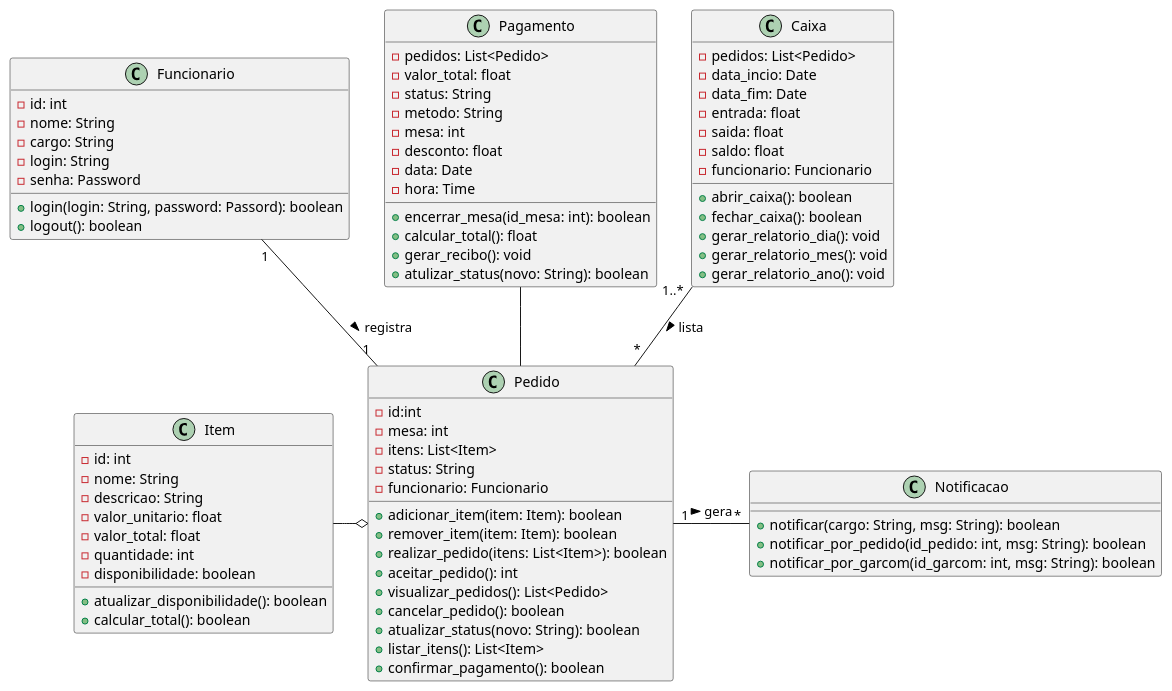
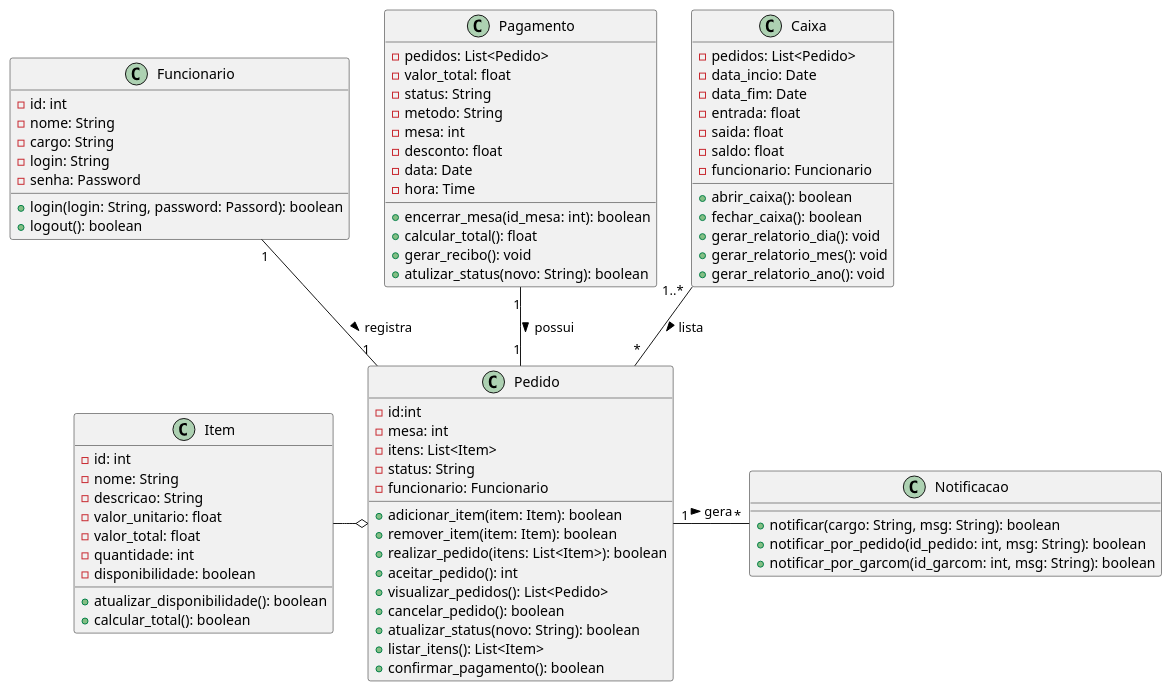
The diagram in restaurante/diagrama_classes01.iuml (FerdinandChagas/uml_examples), drawn with PlantUML before and after one commit. The commit also changed 7 other files, not shown here.

```diff
--- a/restaurante/diagrama_classes01.iuml
+++ b/restaurante/diagrama_classes01.iuml
@@ -1,86 +1,86 @@
 @startuml
 
 
 class "Funcionario"{
     -id: int
     -nome: String
     -cargo: String
     -login: String
     -senha: Password
     +login(login: String, password: Passord): boolean
     +logout(): boolean
 }
 
 
 class "Pedido"{
     -id:int
     -mesa: int
     -itens: List<Item>
     -status: String
     -funcionario: Funcionario
     +adicionar_item(item: Item): boolean
     +remover_item(item: Item): boolean
     +realizar_pedido(itens: List<Item>): boolean
     +aceitar_pedido(): int
     +visualizar_pedidos(): List<Pedido>
     +cancelar_pedido(): boolean
     +atualizar_status(novo: String): boolean
     +listar_itens(): List<Item>
     +confirmar_pagamento(): boolean
 }
 
 class Item{
     -id: int
     -nome: String
     -descricao: String
     -valor_unitario: float
     -valor_total: float
     -quantidade: int
     -disponibilidade: boolean
     +atualizar_disponibilidade(): boolean
     +calcular_total(): boolean
 }
 
 class "Pagamento"{
     -pedidos: List<Pedido>
     -valor_total: float
     -status: String
     -metodo: String
     -mesa: int
     -desconto: float
     -data: Date
     -hora: Time
     +encerrar_mesa(id_mesa: int): boolean
     +calcular_total(): float
     +gerar_recibo(): void
     +atulizar_status(novo: String): boolean
 }
 
 class "Caixa"{
     -pedidos: List<Pedido>
     -data_incio: Date
     -data_fim: Date
     -entrada: float
     -saida: float
     -saldo: float
     -funcionario: Funcionario
     +abrir_caixa(): boolean
     +fechar_caixa(): boolean
     +gerar_relatorio_dia(): void
     +gerar_relatorio_mes(): void
     +gerar_relatorio_ano(): void
 }
 
 class Notificacao{
     +notificar(cargo: String, msg: String): boolean
     +notificar_por_pedido(id_pedido: int, msg: String): boolean
     +notificar_por_garcom(id_garcom: int, msg: String): boolean
 }
 
 Funcionario "1"--"1" Pedido: registra >
 Pedido o-left- Item
 Caixa "1..*"--"*" Pedido: lista >
 Pedido "1"-right-"*" Notificacao: gera >
-Pagamento -- Pedido
+Pagamento "1"--"1" Pedido: possui >
 
 @enduml
```
